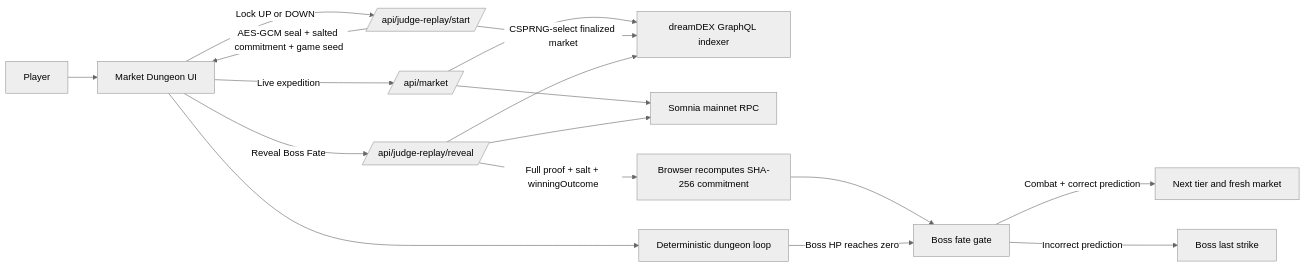
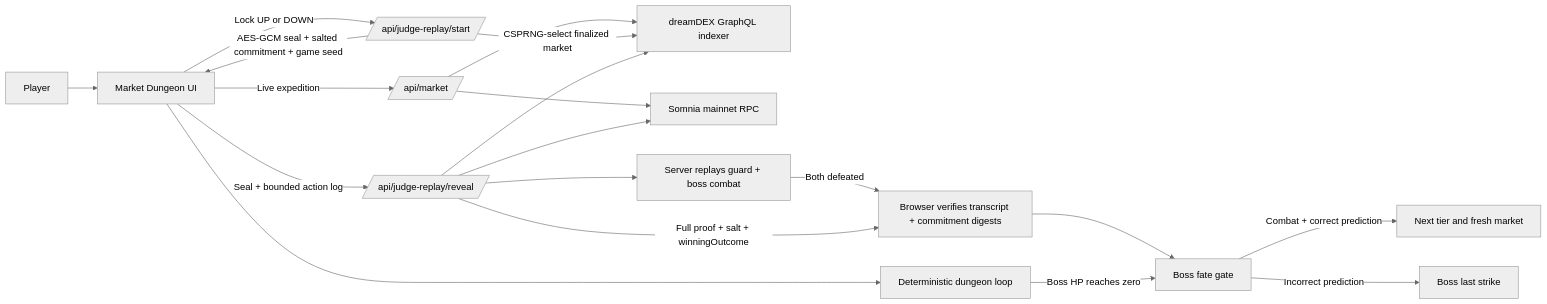
One commit to CryptoMickle/market-dungeon changed the diagram in README.md. Above: the diagram before and after it, drawn with Mermaid (neutral theme). The commit also changed other lines of this file and 12 other files, not shown here.

First line of the commit message:
Verify and share Judge combat runs (#10)

````diff
--- a/README.md
+++ b/README.md
@@ -58,19 +60,21 @@
 ```mermaid
 flowchart LR
     P[Player] --> UI[Market Dungeon UI]
     UI -->|Live expedition| META[/api/market/]
     META --> IDX[dreamDEX GraphQL indexer]
     META --> RPC[Somnia mainnet RPC]
     UI -->|Lock UP or DOWN| START[/api/judge-replay/start/]
     START -->|CSPRNG-select finalized market| IDX
     START -->|AES-GCM seal + salted commitment + game seed| UI
     UI --> LOOP[Deterministic dungeon loop]
-    UI -->|Reveal Boss Fate| SETTLE[/api/judge-replay/reveal/]
+    UI -->|Seal + bounded action log| SETTLE[/api/judge-replay/reveal/]
+    SETTLE --> COMBAT[Server replays guard + boss combat]
     SETTLE --> IDX
     SETTLE --> RPC
-    SETTLE -->|Full proof + salt + winningOutcome| VERIFY[Browser recomputes SHA-256 commitment]
+    COMBAT -->|Both defeated| VERIFY[Browser verifies transcript + commitment digests]
+    SETTLE -->|Full proof + salt + winningOutcome| VERIFY
     VERIFY --> GATE[Boss fate gate]
     LOOP -->|Boss HP reaches zero| GATE
     GATE -->|Combat + correct prediction| NEXT[Next tier and fresh market]
     GATE -->|Incorrect prediction| LOSS[Boss last strike]
 ```
````
